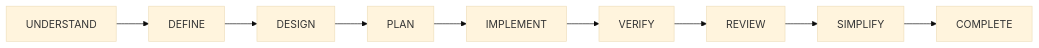
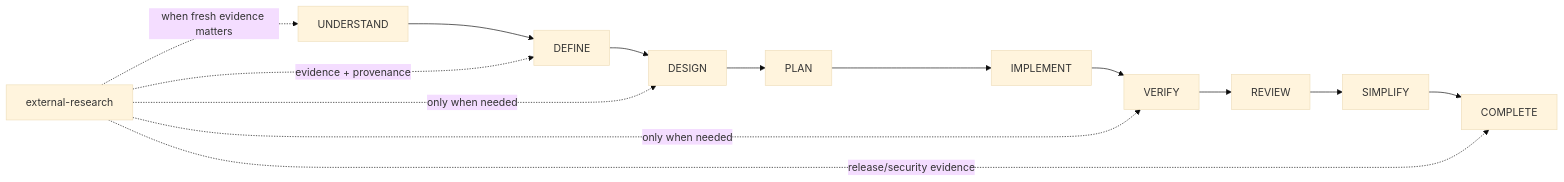
One commit to eybersjp/development-kit changed the first of 2 diagrams in docs/03-reference/skills/lifecycle-to-skill-map.md. Above: the diagram before and after it, drawn with Mermaid (base theme). The commit also changed other lines of this file, not shown here.

Commit message:
docs: map conditional research across lifecycle

````diff
--- a/docs/03-reference/skills/lifecycle-to-skill-map.md
+++ b/docs/03-reference/skills/lifecycle-to-skill-map.md
@@ -7,11 +7,16 @@
 ```mermaid
 graph LR
     U["UNDERSTAND"] --> D["DEFINE"]
     D --> DS["DESIGN"]
     DS --> P["PLAN"]
     P --> I["IMPLEMENT"]
     I --> V["VERIFY"]
     V --> R["REVIEW"]
     R --> S["SIMPLIFY"]
     S --> C["COMPLETE"]
+    X["external-research"] -. "when fresh evidence matters" .-> U
+    X -. "evidence + provenance" .-> D
+    X -. "only when needed" .-> DS
+    X -. "only when needed" .-> V
+    X -. "release/security evidence" .-> C
 ```
````
